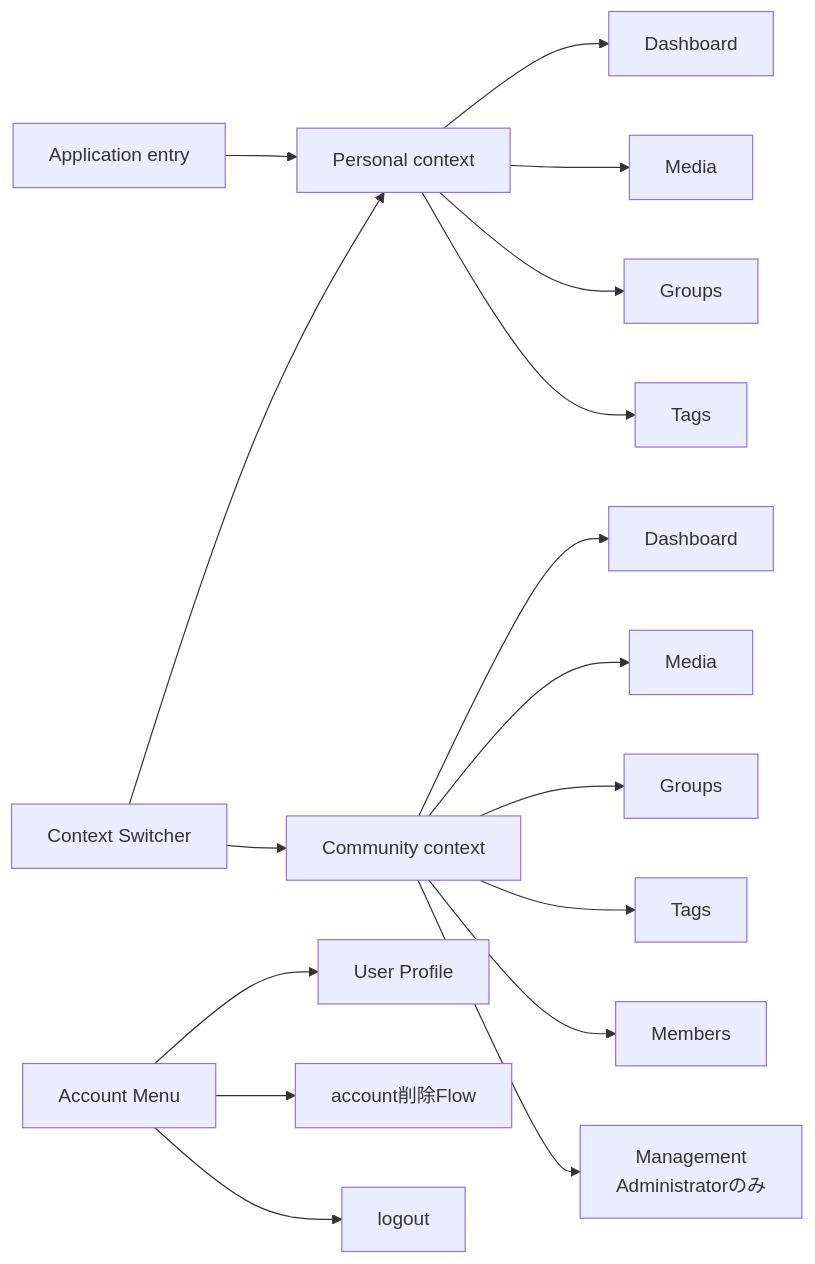
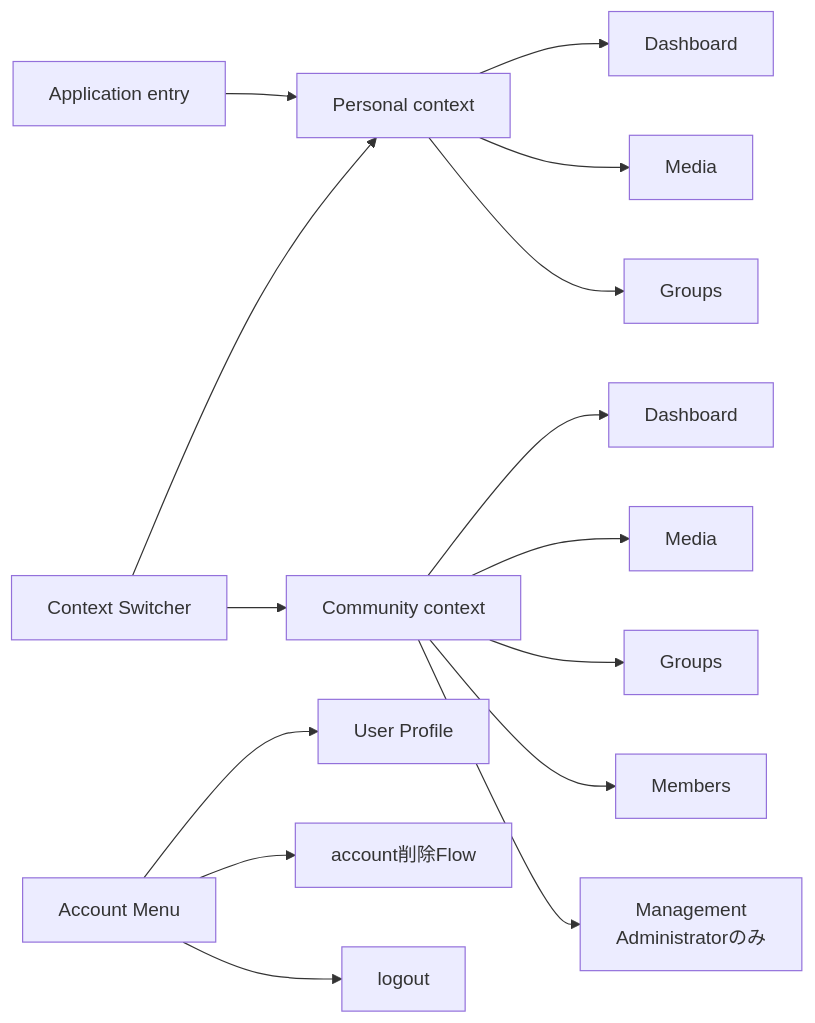
The diagram in content/system/application-information-architecture.mdx (hazuki3417/memoria-design), drawn with Mermaid before and after one commit. The commit also changed other lines of this file, not shown here.

````diff
--- a/content/system/application-information-architecture.mdx
+++ b/content/system/application-information-architecture.mdx
@@ -19,19 +19,17 @@
 ```mermaid
 flowchart LR
     Entry["Application entry"] --> Personal["Personal context"]
     Personal --> PDashboard["Dashboard"]
     Personal --> PMedia["Media"]
     Personal --> PGroups["Groups"]
-    Personal --> PTags["Tags"]
     Switcher["Context Switcher"] --> Personal
     Switcher --> Community["Community context"]
     Community --> CDashboard["Dashboard"]
     Community --> CMedia["Media"]
     Community --> CGroups["Groups"]
-    Community --> CTags["Tags"]
     Community --> Members["Members"]
     Community --> Management["Management<br/>Administratorのみ"]
     Account["Account Menu"] --> Profile["User Profile"]
     Account --> Deletion["account削除Flow"]
     Account --> Logout["logout"]
 ```
````
